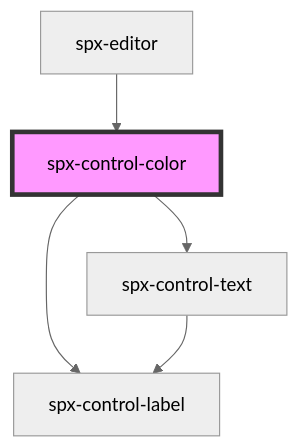
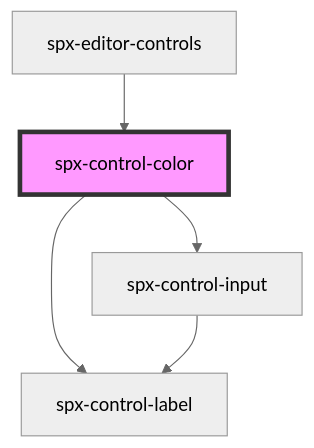
Before and after one commit to dnnsjsk/spx: the diagram in stencil/src/components/controls/spx-control-color/readme.md, drawn with Mermaid (neutral theme). The commit also changed other lines of this file and 285 other files, not shown here.

````diff
--- a/stencil/src/components/controls/spx-control-color/readme.md
+++ b/stencil/src/components/controls/spx-control-color/readme.md
@@ -28,8 +28,8 @@
 ```mermaid
 graph TD;
   spx-control-color --> spx-control-label
-  spx-control-color --> spx-control-text
-  spx-control-text --> spx-control-label
-  spx-editor --> spx-control-color
+  spx-control-color --> spx-control-input
+  spx-control-input --> spx-control-label
+  spx-editor-controls --> spx-control-color
   style spx-control-color fill:#f9f,stroke:#333,stroke-width:4px
 ```
````
